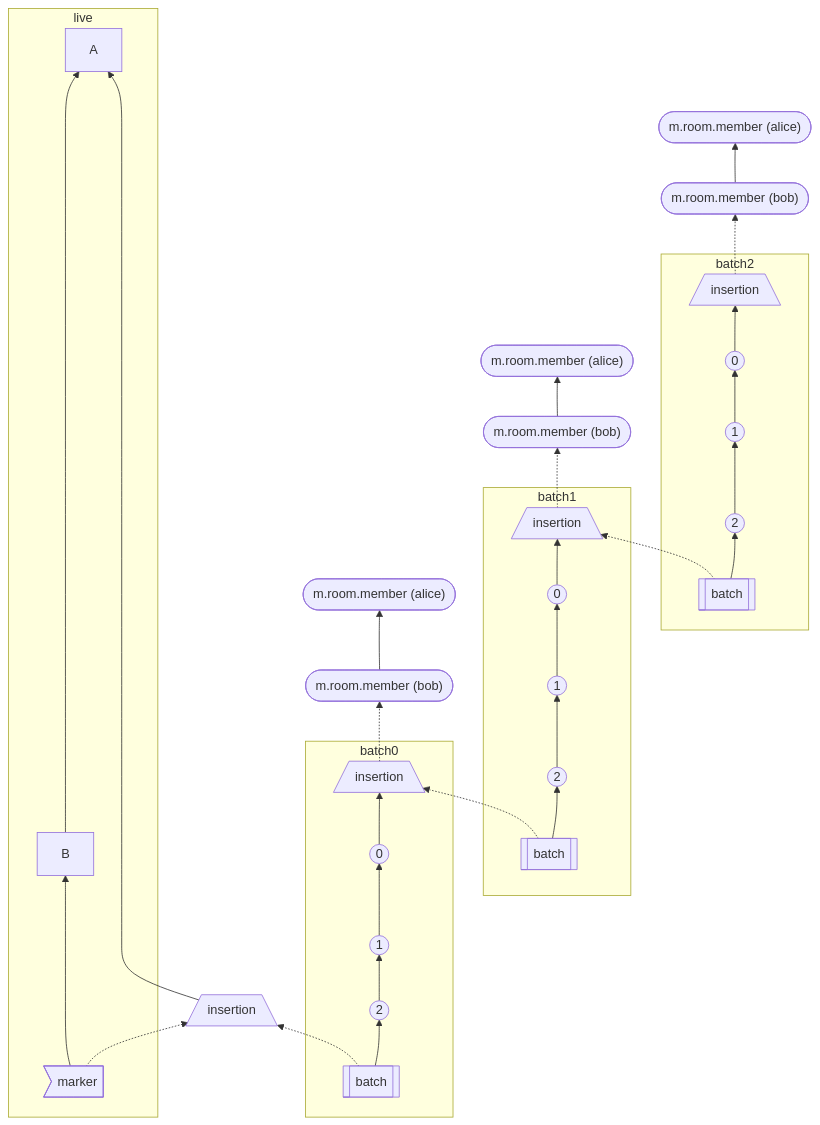
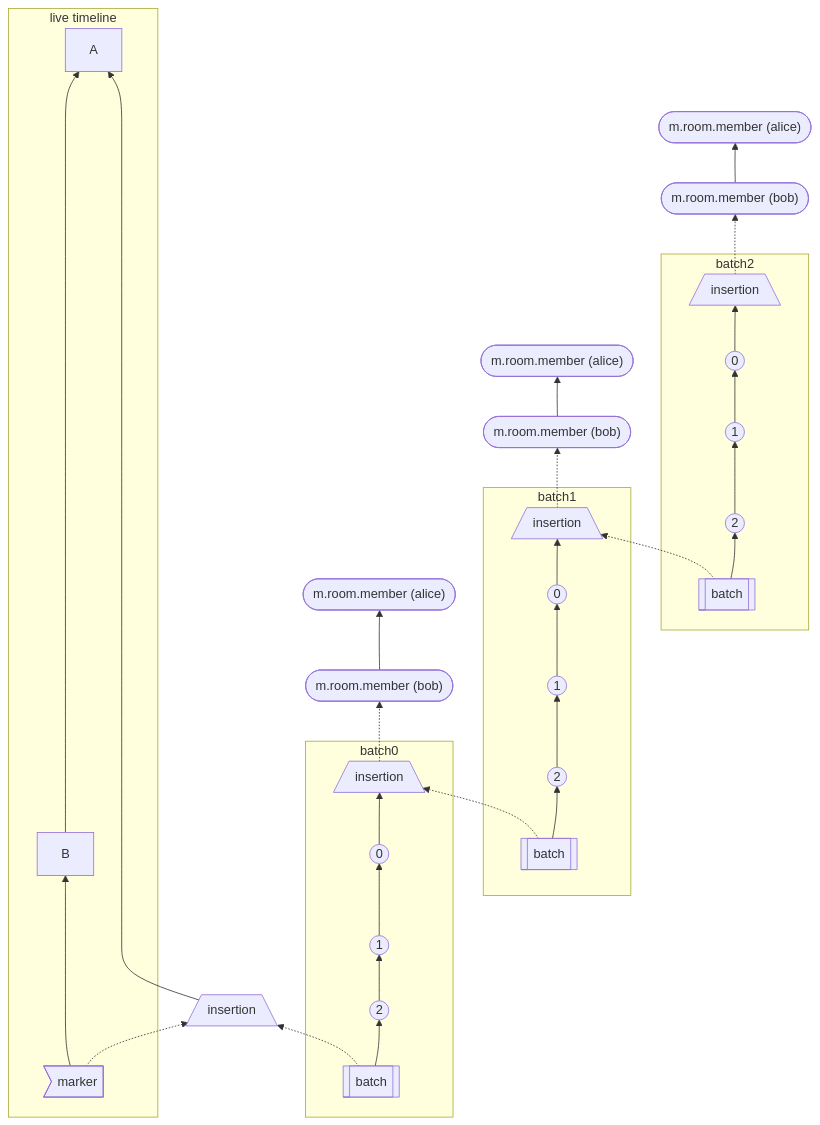
One commit to matrix-org/matrix-spec-proposals changed the third of 3 diagrams in proposals/2716-batch-send-historical-messages.md. Above: the diagram before and after it, drawn with Mermaid. The commit also changed other lines of this file, not shown here.

First line of the commit message:
"Live timeline" so it's obvious

````diff
--- a/proposals/2716-batch-send-historical-messages.md
+++ b/proposals/2716-batch-send-historical-messages.md
@@ -464,29 +464,29 @@
 ```mermaid
 flowchart BT
-    subgraph live
+    subgraph live timeline
         marker1>"marker"] ----> B -----------------> A
     end
     
     subgraph batch0
         batch0-batch[["batch"]] --> batch0-2(("2")) --> batch0-1((1)) --> batch0-0((0)) --> batch0-insertion[/insertion\]
     end
 
     subgraph batch1
         batch1-batch[["batch"]] --> batch1-2(("2")) --> batch1-1((1)) --> batch1-0((0)) --> batch1-insertion[/insertion\]
     end
     
     subgraph batch2
         batch2-batch[["batch"]] --> batch2-2(("2")) --> batch2-1((1)) --> batch2-0((0)) --> batch2-insertion[/insertion\]
     end
 
 
     batch0-insertion -.-> memberBob0(["m.room.member (bob)"]) --> memberAlice0(["m.room.member (alice)"])
     batch1-insertion -.-> memberBob1(["m.room.member (bob)"]) --> memberAlice1(["m.room.member (alice)"])
     batch2-insertion -.-> memberBob2(["m.room.member (bob)"]) --> memberAlice2(["m.room.member (alice)"])
 
     marker1 -.-> batch0-insertionBase
     batch0-insertionBase[/insertion\] ---------------> A
     batch0-batch -.-> batch0-insertionBase[/insertion\]
     batch1-batch -.-> batch0-insertion
     batch2-batch -.-> batch1-insertion
 ```
````
